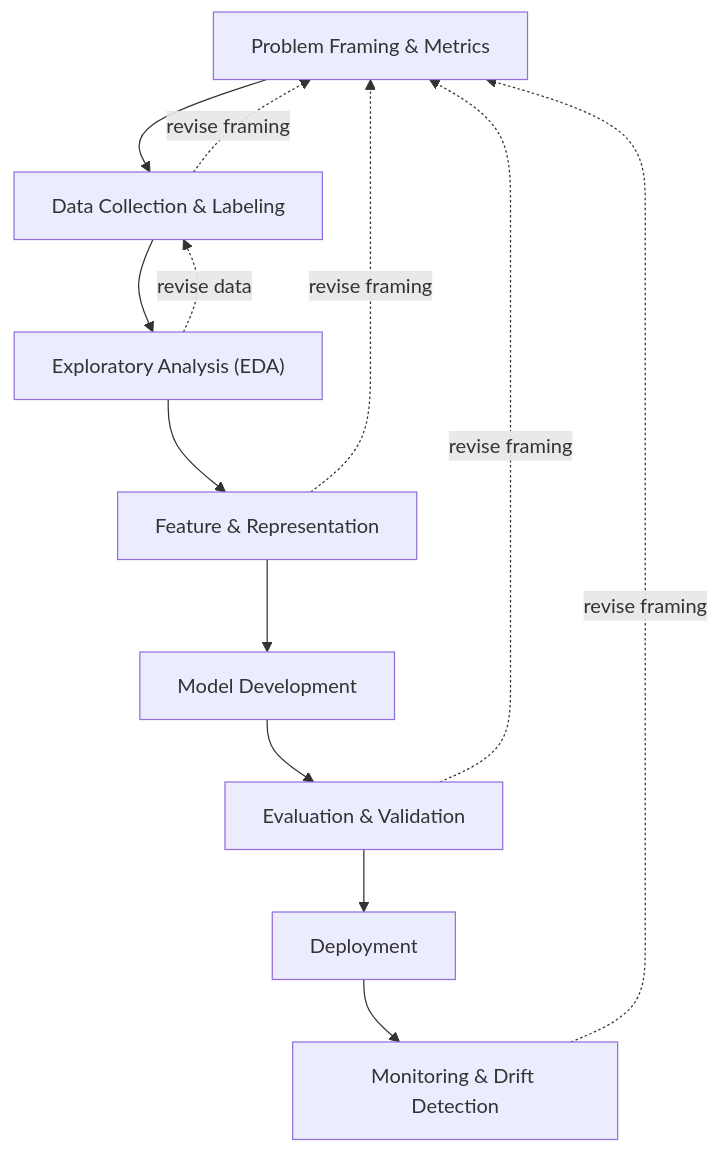
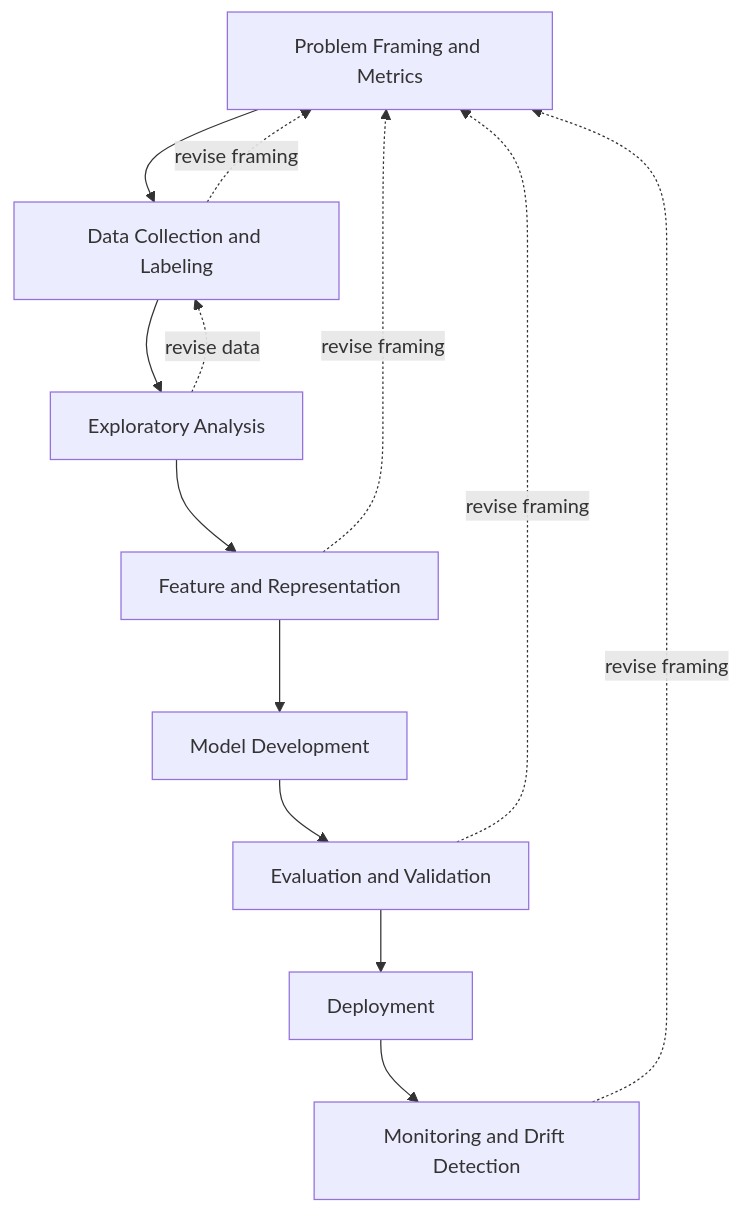
One commit to mikenguyen13/ai_in_action changed the diagram in 006-ai-development-lifecycle.qmd. Above: the diagram before and after it, drawn with Mermaid. The commit also changed 52 other files, not shown here.

Commit message:
Fix Mermaid rendering in 22 chapters: remove ampersands and br tags from node labels, move detail to tables

````diff
--- a/006-ai-development-lifecycle.qmd
+++ b/006-ai-development-lifecycle.qmd
@@ -15,25 +15,25 @@
 ```{mermaid}
 flowchart TD
-    PF["Problem Framing &amp; Metrics"]
-    DC["Data Collection &amp; Labeling"]
-    EDA["Exploratory Analysis (EDA)"]
-    FR["Feature &amp; Representation"]
+    PF["Problem Framing and Metrics"]
+    DC["Data Collection and Labeling"]
+    EDA["Exploratory Analysis"]
+    FR["Feature and Representation"]
     MD["Model Development"]
-    EV["Evaluation &amp; Validation"]
+    EV["Evaluation and Validation"]
     DEP["Deployment"]
-    MON["Monitoring &amp; Drift Detection"]
+    MON["Monitoring and Drift Detection"]
 
     PF --> DC
     DC --> EDA
     EDA --> FR
     FR --> MD
     MD --> EV
     EV --> DEP
     DEP --> MON
 
     DC -.->|revise framing| PF
     EDA -.->|revise data| DC
     FR -.->|revise framing| PF
     EV -.->|revise framing| PF
     MON -.->|revise framing| PF
 ```
````
